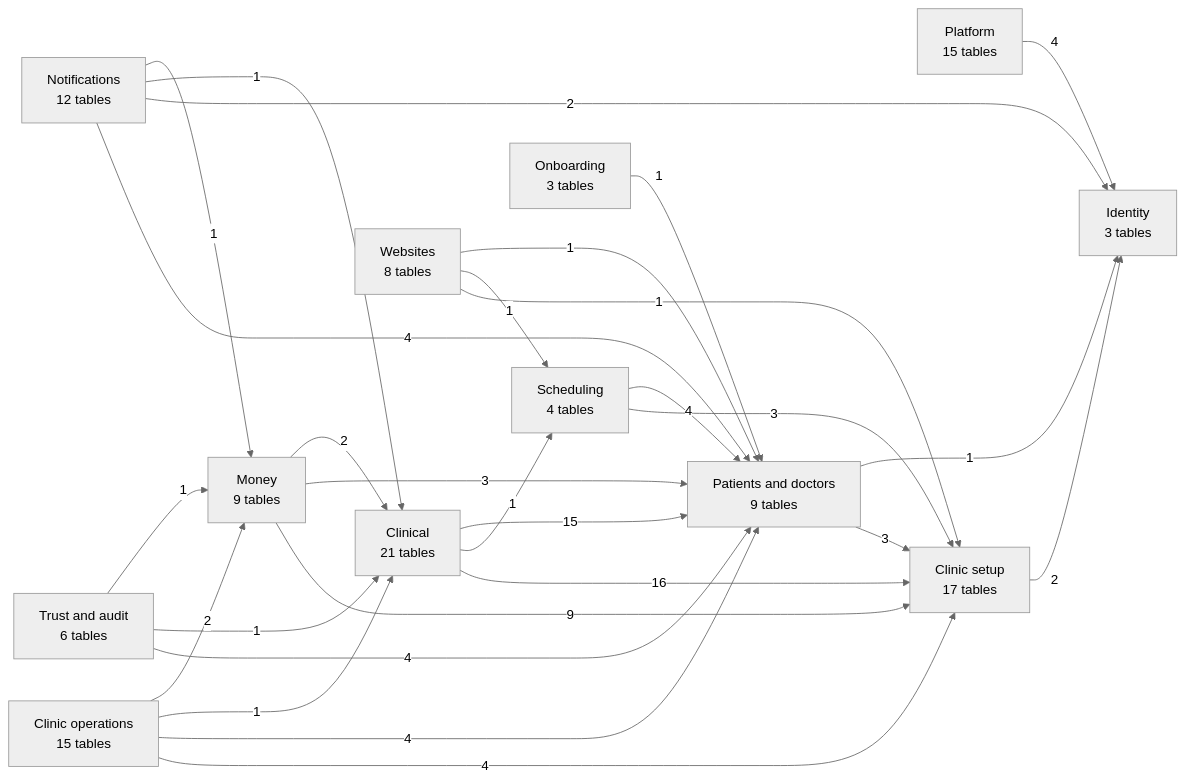
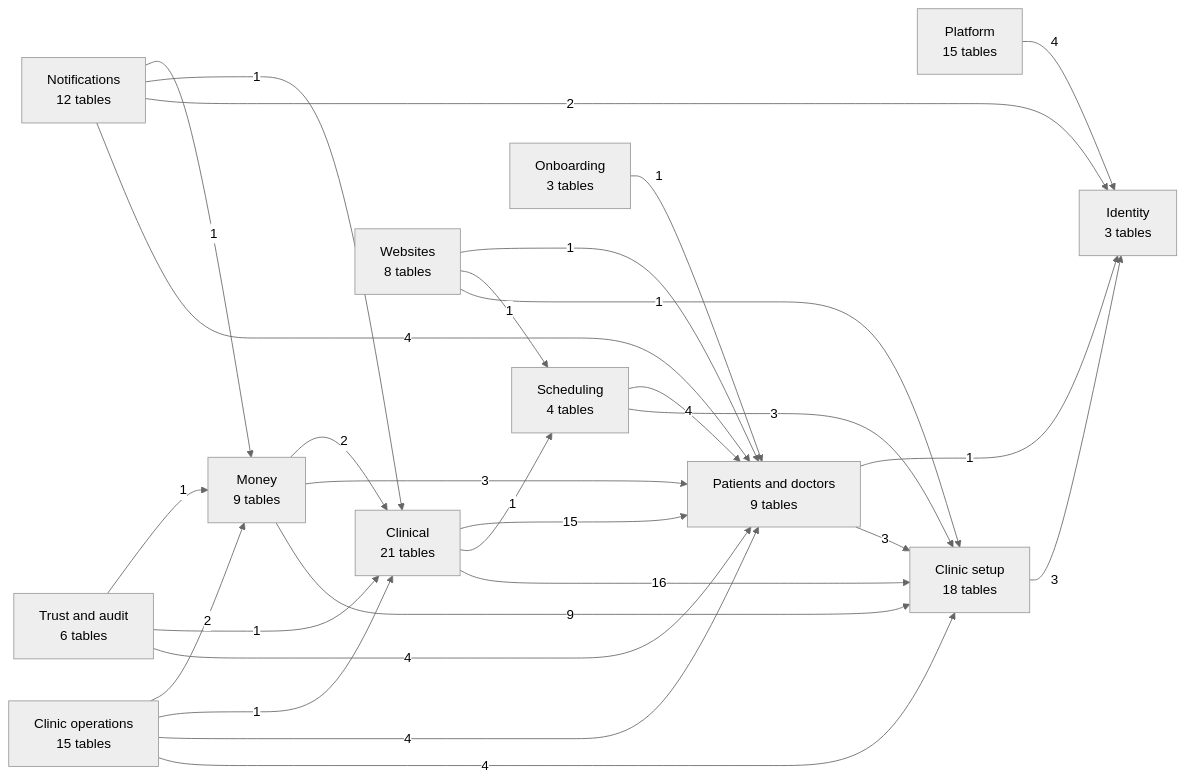
One commit to sakalyatechnologies/aarogyam changed the first of 13 diagrams in docs/database.md. Above: the diagram before and after it, drawn with Mermaid (neutral theme). The commit also changed other lines of this file and 33 other files, not shown here.

````diff
--- a/docs/database.md
+++ b/docs/database.md
@@ -27,42 +27,42 @@
 ```mermaid
 flowchart LR
   platform["Platform<br/>15 tables"]
   iam["Identity<br/>3 tables"]
-  tenancy["Clinic setup<br/>17 tables"]
+  tenancy["Clinic setup<br/>18 tables"]
   people["Patients and doctors<br/>9 tables"]
   scheduling["Scheduling<br/>4 tables"]
   clinical["Clinical<br/>21 tables"]
   ops["Clinic operations<br/>15 tables"]
   billing["Money<br/>9 tables"]
   notify["Notifications<br/>12 tables"]
   web["Websites<br/>8 tables"]
   trust["Trust and audit<br/>6 tables"]
   onboarding["Onboarding<br/>3 tables"]
   billing -->|2| clinical
   billing -->|3| people
   billing -->|9| tenancy
   clinical -->|15| people
   clinical -->|1| scheduling
   clinical -->|16| tenancy
   notify -->|1| billing
   notify -->|1| clinical
   notify -->|2| iam
   notify -->|4| people
   onboarding -->|1| people
   ops -->|2| billing
   ops -->|1| clinical
   ops -->|4| people
   ops -->|4| tenancy
   people -->|1| iam
   people -->|3| tenancy
   platform -->|4| iam
   scheduling -->|4| people
   scheduling -->|3| tenancy
-  tenancy -->|2| iam
+  tenancy -->|3| iam
   trust -->|1| billing
   trust -->|1| clinical
   trust -->|4| people
   web -->|1| people
   web -->|1| scheduling
   web -->|1| tenancy
 ```
````
